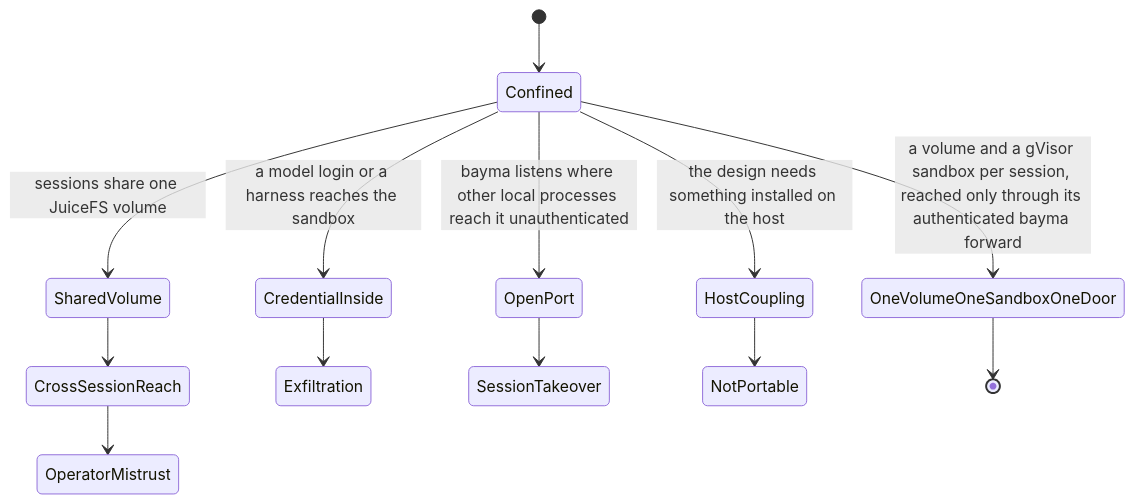
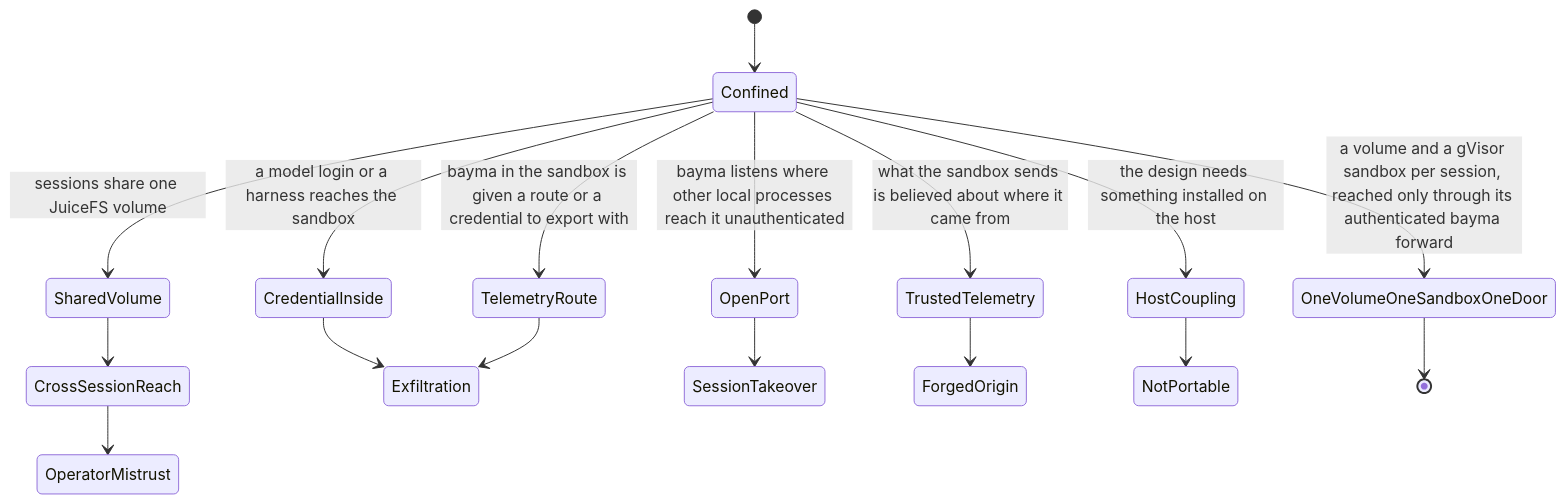
The third of 3 diagrams in src/sandbox/README.md (eaucoin/alasio), drawn with Mermaid before and after one commit. The commit also changed other lines of this file and 21 other files, not shown here.

````diff
--- a/src/sandbox/README.md
+++ b/src/sandbox/README.md
@@ -53,15 +60,19 @@
 ```mermaid
 stateDiagram-v2
   [*] --> Confined
   Confined --> SharedVolume: sessions share one JuiceFS volume
   SharedVolume --> CrossSessionReach
   CrossSessionReach --> OperatorMistrust
   Confined --> CredentialInside: a model login or a harness reaches the sandbox
   CredentialInside --> Exfiltration
   Confined --> OpenPort: bayma listens where other local processes reach it unauthenticated
   OpenPort --> SessionTakeover
+  Confined --> TelemetryRoute: bayma in the sandbox is given a route or a credential to export with
+  TelemetryRoute --> Exfiltration
+  Confined --> TrustedTelemetry: what the sandbox sends is believed about where it came from
+  TrustedTelemetry --> ForgedOrigin
   Confined --> HostCoupling: the design needs something installed on the host
   HostCoupling --> NotPortable
   Confined --> OneVolumeOneSandboxOneDoor: a volume and a gVisor sandbox per session, reached only through its authenticated bayma forward
   OneVolumeOneSandboxOneDoor --> [*]
 ```
````
